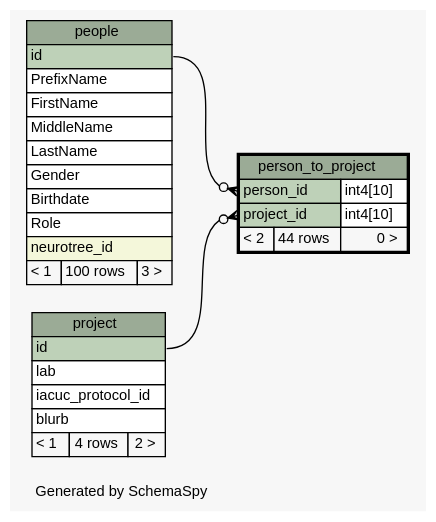
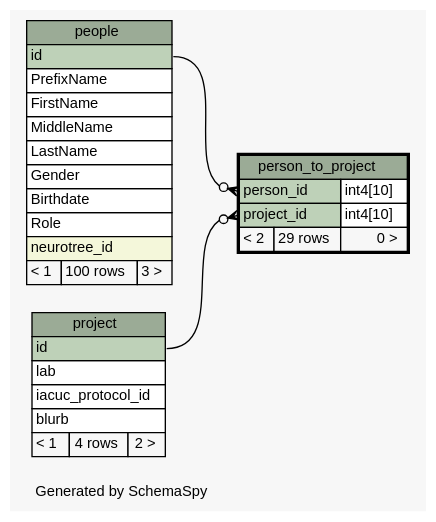
One commit to tgbugs/mlab changed the diagram in database/ss/diagrams/person_to_project.1degree.dot. Above: the diagram before and after it, drawn with Graphviz. The commit also changed 161 other files, not shown here.

```diff
--- a/database/ss/diagrams/person_to_project.1degree.dot
+++ b/database/ss/diagrams/person_to_project.1degree.dot
@@ -1,66 +1,66 @@
 // dot 2.34.0 on Windows 7 6.1
 // SchemaSpy rev 590
 digraph "oneDegreeRelationshipsDiagram" {
   graph [
     rankdir="RL"
     bgcolor="#f7f7f7"
     label="\nGenerated by SchemaSpy"
     labeljust="l"
     nodesep="0.18"
     ranksep="0.46"
     fontname="Helvetica"
     fontsize="11"
   ];
   node [
     fontname="Helvetica"
     fontsize="11"
     shape="plaintext"
   ];
   edge [
     arrowsize="0.8"
   ];
   "person_to_project":"person_id":w -> "people":"id":e [arrowhead=none dir=back arrowtail=crowodot];
   "person_to_project":"project_id":w -> "project":"id":e [arrowhead=none dir=back arrowtail=crowodot];
   "people" [
     label=<
     <TABLE BORDER="0" CELLBORDER="1" CELLSPACING="0" BGCOLOR="#ffffff">
       <TR><TD COLSPAN="3" BGCOLOR="#9bab96" ALIGN="CENTER">people</TD></TR>
       <TR><TD PORT="id" COLSPAN="3" BGCOLOR="#bed1b8" ALIGN="LEFT">id</TD></TR>
       <TR><TD PORT="PrefixName" COLSPAN="3" ALIGN="LEFT">PrefixName</TD></TR>
       <TR><TD PORT="FirstName" COLSPAN="3" ALIGN="LEFT">FirstName</TD></TR>
       <TR><TD PORT="MiddleName" COLSPAN="3" ALIGN="LEFT">MiddleName</TD></TR>
       <TR><TD PORT="LastName" COLSPAN="3" ALIGN="LEFT">LastName</TD></TR>
       <TR><TD PORT="Gender" COLSPAN="3" ALIGN="LEFT">Gender</TD></TR>
       <TR><TD PORT="Birthdate" COLSPAN="3" ALIGN="LEFT">Birthdate</TD></TR>
       <TR><TD PORT="Role" COLSPAN="3" ALIGN="LEFT">Role</TD></TR>
       <TR><TD PORT="neurotree_id" COLSPAN="3" BGCOLOR="#f4f7da" ALIGN="LEFT">neurotree_id</TD></TR>
       <TR><TD ALIGN="LEFT" BGCOLOR="#f7f7f7">&lt; 1</TD><TD ALIGN="RIGHT" BGCOLOR="#f7f7f7">100 rows</TD><TD ALIGN="RIGHT" BGCOLOR="#f7f7f7">3 &gt;</TD></TR>
     </TABLE>>
     URL="people.html"
     tooltip="people"
   ];
   "person_to_project" [
     label=<
     <TABLE BORDER="2" CELLBORDER="1" CELLSPACING="0" BGCOLOR="#ffffff">
       <TR><TD COLSPAN="3" BGCOLOR="#9bab96" ALIGN="CENTER">person_to_project</TD></TR>
       <TR><TD PORT="person_id" COLSPAN="2" BGCOLOR="#bed1b8" ALIGN="LEFT">person_id</TD><TD PORT="person_id.type" ALIGN="LEFT">int4[10]</TD></TR>
       <TR><TD PORT="project_id" COLSPAN="2" BGCOLOR="#bed1b8" ALIGN="LEFT">project_id</TD><TD PORT="project_id.type" ALIGN="LEFT">int4[10]</TD></TR>
-      <TR><TD ALIGN="LEFT" BGCOLOR="#f7f7f7">&lt; 2</TD><TD ALIGN="RIGHT" BGCOLOR="#f7f7f7">44 rows</TD><TD ALIGN="RIGHT" BGCOLOR="#f7f7f7">0 &gt;</TD></TR>
+      <TR><TD ALIGN="LEFT" BGCOLOR="#f7f7f7">&lt; 2</TD><TD ALIGN="RIGHT" BGCOLOR="#f7f7f7">29 rows</TD><TD ALIGN="RIGHT" BGCOLOR="#f7f7f7">0 &gt;</TD></TR>
     </TABLE>>
     URL="person_to_project.html"
     tooltip="person_to_project"
   ];
   "project" [
     label=<
     <TABLE BORDER="0" CELLBORDER="1" CELLSPACING="0" BGCOLOR="#ffffff">
       <TR><TD COLSPAN="3" BGCOLOR="#9bab96" ALIGN="CENTER">project</TD></TR>
       <TR><TD PORT="id" COLSPAN="3" BGCOLOR="#bed1b8" ALIGN="LEFT">id</TD></TR>
       <TR><TD PORT="lab" COLSPAN="3" ALIGN="LEFT">lab</TD></TR>
       <TR><TD PORT="iacuc_protocol_id" COLSPAN="3" ALIGN="LEFT">iacuc_protocol_id</TD></TR>
       <TR><TD PORT="blurb" COLSPAN="3" ALIGN="LEFT">blurb</TD></TR>
       <TR><TD ALIGN="LEFT" BGCOLOR="#f7f7f7">&lt; 1</TD><TD ALIGN="RIGHT" BGCOLOR="#f7f7f7">4 rows</TD><TD ALIGN="RIGHT" BGCOLOR="#f7f7f7">2 &gt;</TD></TR>
     </TABLE>>
     URL="project.html"
     tooltip="project"
   ];
 }
```
